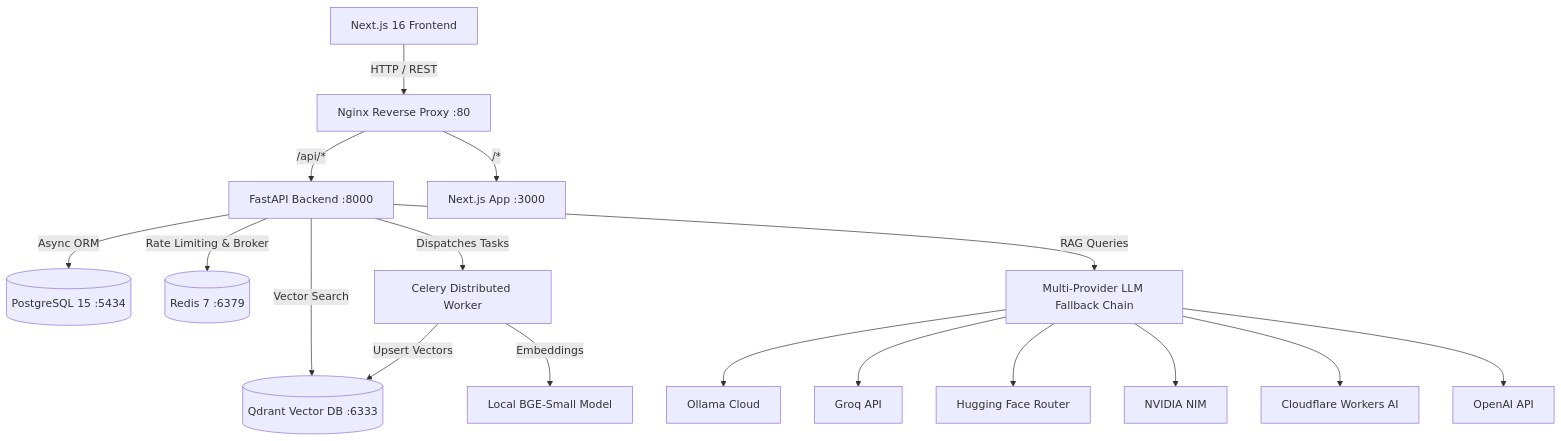
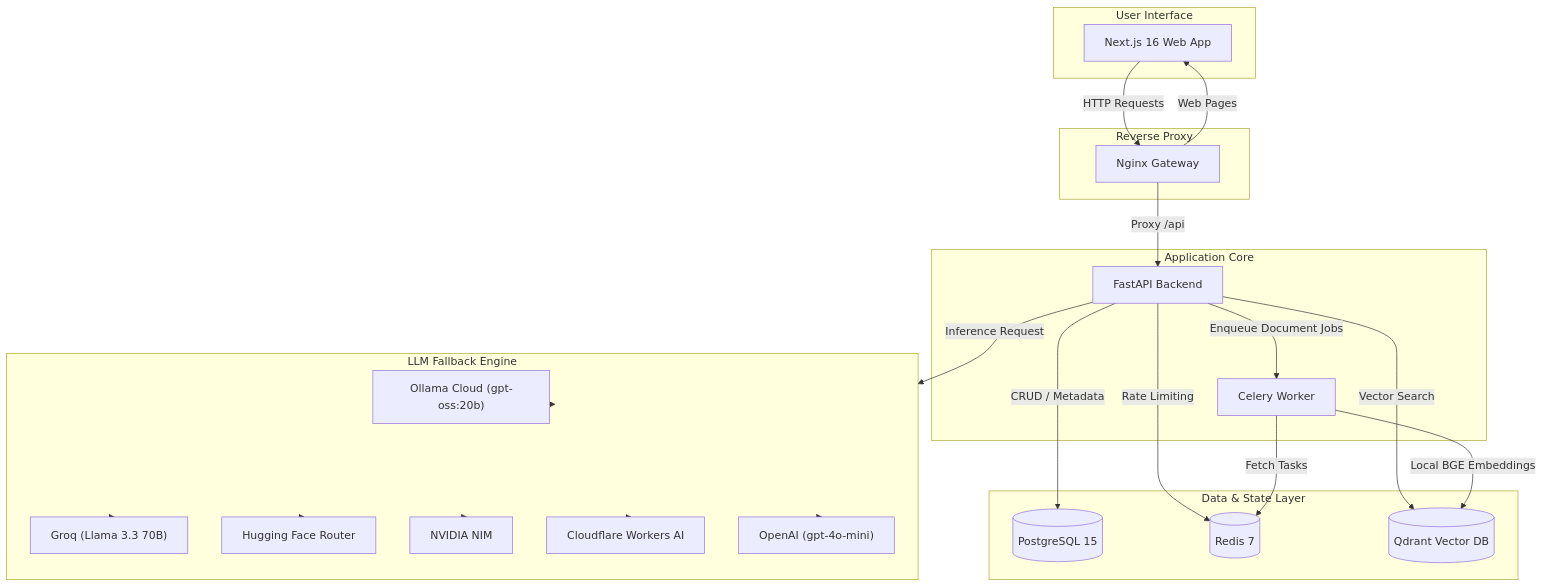
Before and after one commit to r4m335/Enterprise-RAG-Platform: the diagram in README.md, drawn with Mermaid.

Commit message:
docs: fix Mermaid diagram syntax and layout for GitHub renderer

````diff
--- a/README.md
+++ b/README.md
@@ -37,22 +37,50 @@
 ```mermaid
-graph TD
-    Client[Next.js 16 Frontend] -->|HTTP / REST| Nginx[Nginx Reverse Proxy :80]
-    Nginx -->|/api/*| FastAPI[FastAPI Backend :8000]
-    Nginx -->|/*| Frontend[Next.js App :3000]
-    
-    FastAPI -->|Async ORM| Postgres[(PostgreSQL 15 :5434)]
-    FastAPI -->|Rate Limiting & Broker| Redis[(Redis 7 :6379)]
-    FastAPI -->|Vector Search| Qdrant[(Qdrant Vector DB :6333)]
-    
-    FastAPI -->|Dispatches Tasks| Celery[Celery Distributed Worker]
-    Celery -->|Embeddings| LocalEmbeddings[Local BGE-Small Model]
-    Celery -->|Upsert Vectors| Qdrant
-    
-    FastAPI -->|RAG Queries| FallbackLLM[Multi-Provider LLM Fallback Chain]
-    FallbackLLM --> Ollama[Ollama Cloud]
-    FallbackLLM --> Groq[Groq API]
-    FallbackLLM --> HF[Hugging Face Router]
-    FallbackLLM --> NVIDIA[NVIDIA NIM]
-    FallbackLLM --> Cloudflare[Cloudflare Workers AI]
-    FallbackLLM --> OpenAI[OpenAI API]
+flowchart TD
+    subgraph UI["User Interface"]
+        Client["Next.js 16 Web App"]
+    end
+
+    subgraph Gateway["Reverse Proxy"]
+        Nginx["Nginx Gateway"]
+    end
+
+    subgraph CoreBackend["Application Core"]
+        FastAPI["FastAPI Backend"]
+        CeleryWorker["Celery Worker"]
+    end
+
+    subgraph DataStorage["Data & State Layer"]
+        Postgres[("PostgreSQL 15")]
+        Redis[("Redis 7")]
+        Qdrant[("Qdrant Vector DB")]
+    end
+
+    subgraph LLMChain["LLM Fallback Engine"]
+        Ollama["Ollama Cloud (gpt-oss:20b)"]
+        Groq["Groq (Llama 3.3 70B)"]
+        HF["Hugging Face Router"]
+        NVIDIA["NVIDIA NIM"]
+        Cloudflare["Cloudflare Workers AI"]
+        OpenAI["OpenAI (gpt-4o-mini)"]
+    end
+
+    Client -->|"HTTP Requests"| Nginx
+    Nginx -->|"Proxy /api"| FastAPI
+    Nginx -->|"Web Pages"| Client
+
+    FastAPI -->|"CRUD / Metadata"| Postgres
+    FastAPI -->|"Rate Limiting"| Redis
+    FastAPI -->|"Vector Search"| Qdrant
+    FastAPI -->|"Enqueue Document Jobs"| CeleryWorker
+
+    CeleryWorker -->|"Local BGE Embeddings"| Qdrant
+    CeleryWorker -->|"Fetch Tasks"| Redis
+
+    FastAPI -->|"Inference Request"| LLMChain
+    LLMChain --> Ollama
+    LLMChain --> Groq
+    LLMChain --> HF
+    LLMChain --> NVIDIA
+    LLMChain --> Cloudflare
+    LLMChain --> OpenAI
 ```
````
